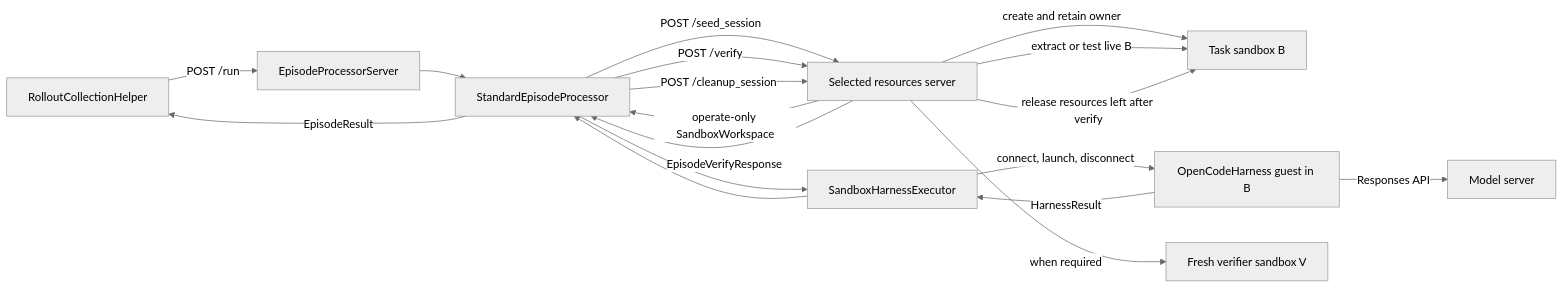
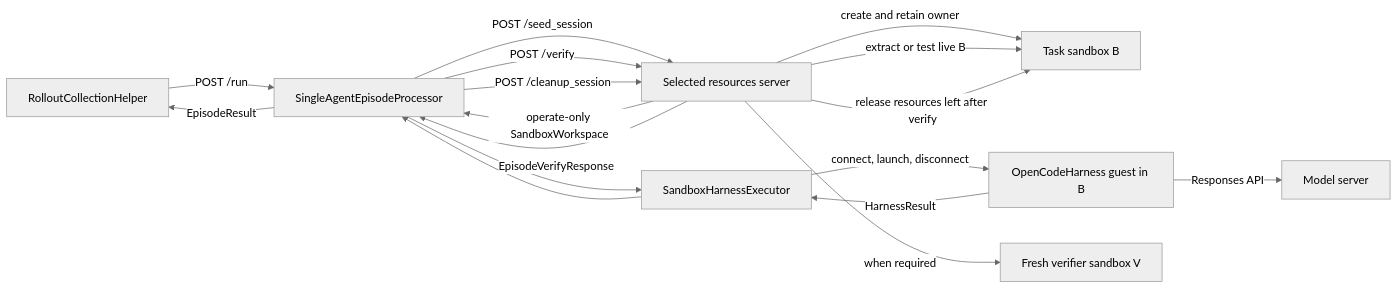
Before and after one commit to ananthsub/Gym: the seventh of 13 diagrams in investigations/episode-orchestration-design.md, drawn with Mermaid (neutral theme). The commit also changed other lines of this file and 3 other files, not shown here.

Commit message:
docs(investigations): rebuild episode architecture proposal

````diff
--- a/investigations/episode-orchestration-design.md
+++ b/investigations/episode-orchestration-design.md
@@ -150,20 +239,19 @@
 ```mermaid
 flowchart LR
-    Collector["RolloutCollectionHelper"] -->|"POST /run"| ProcessorServer["EpisodeProcessorServer"]
-    ProcessorServer --> Processor["StandardEpisodeProcessor"]
+    Collector["RolloutCollectionHelper"] -->|"POST /run"| Processor["SingleAgentEpisodeProcessor"]
     Processor -->|"POST /seed_session"| Resources["Selected resources server"]
     Resources -->|"create and retain owner"| Task["Task sandbox B"]
     Resources -->|"operate-only SandboxWorkspace"| Processor
     Processor --> Executor["SandboxHarnessExecutor"]
     Executor -->|"connect, launch, disconnect"| Guest["OpenCodeHarness guest in B"]
     Guest -->|"Responses API"| Model["Model server"]
     Guest -->|"HarnessResult"| Executor
     Executor --> Processor
     Processor -->|"POST /verify"| Resources
     Resources -->|"extract or test live B"| Task
     Resources -->|"when required"| Verifier["Fresh verifier sandbox V"]
     Resources -->|"EpisodeVerifyResponse"| Processor
     Processor -->|"POST /cleanup_session"| Resources
     Resources -->|"release resources left after verify"| Task
     Processor -->|"EpisodeResult"| Collector
 ```
````
